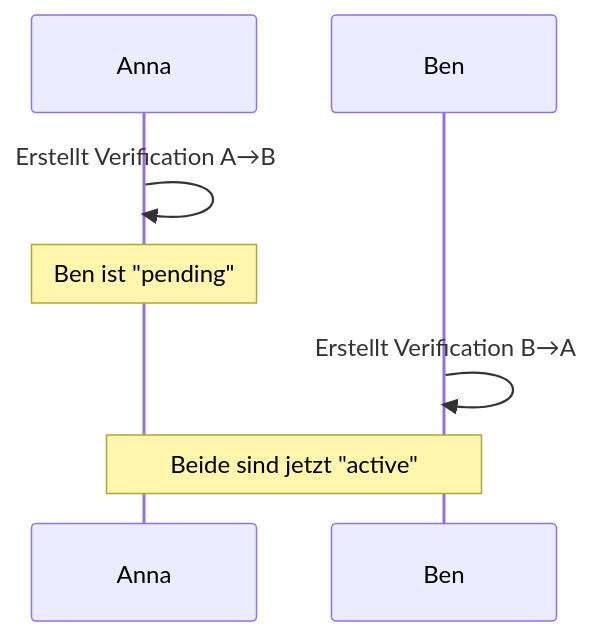
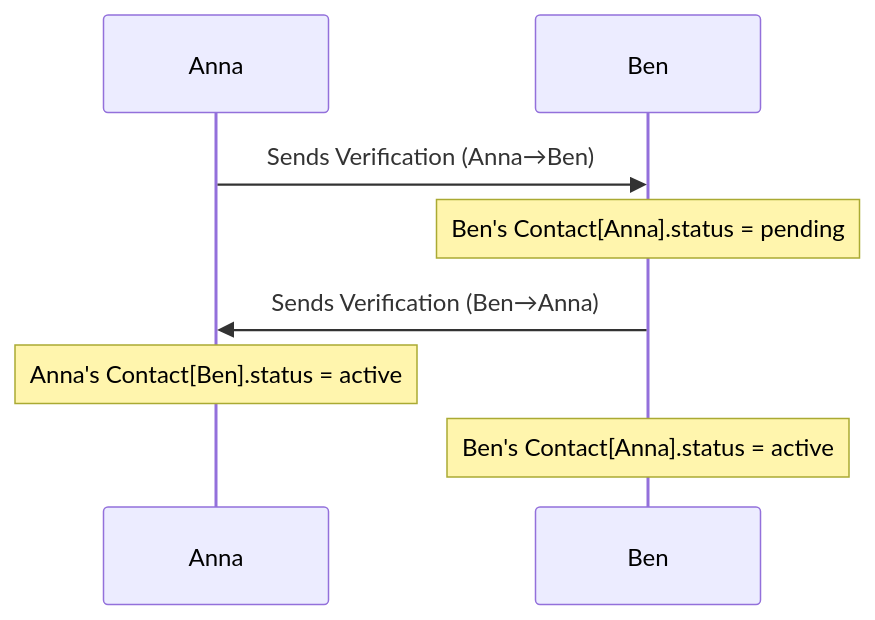
One commit to IT4Change/web-of-trust changed the fifth of 7 diagrams in docs/architecture/entities.md. Above: the diagram before and after it, drawn with Mermaid. The commit also changed other lines of this file and 9 other files, not shown here.

````diff
--- a/docs/architecture/entities.md
+++ b/docs/architecture/entities.md
@@ -534,11 +578,12 @@
 ```mermaid
 sequenceDiagram
     participant A as Anna
     participant B as Ben
 
-    A->>A: Erstellt Verification A→B
-    Note over A: Ben ist "pending"
+    A->>B: Sends Verification (Anna→Ben)
+    Note over B: Ben's Contact[Anna].status = pending
 
-    B->>B: Erstellt Verification B→A
-    Note over A,B: Beide sind jetzt "active"
+    B->>A: Sends Verification (Ben→Anna)
+    Note over A: Anna's Contact[Ben].status = active
+    Note over B: Ben's Contact[Anna].status = active
 ```
````
